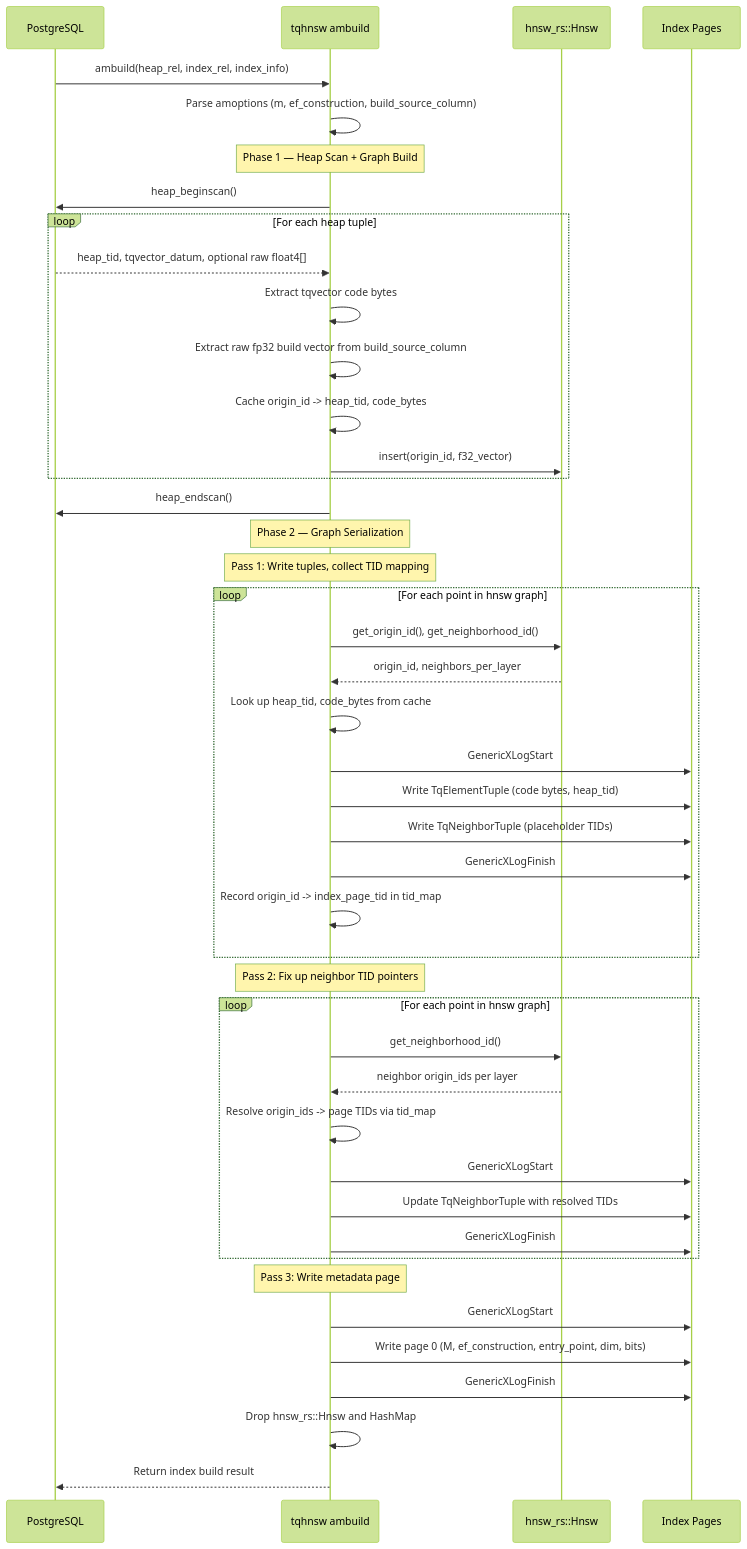
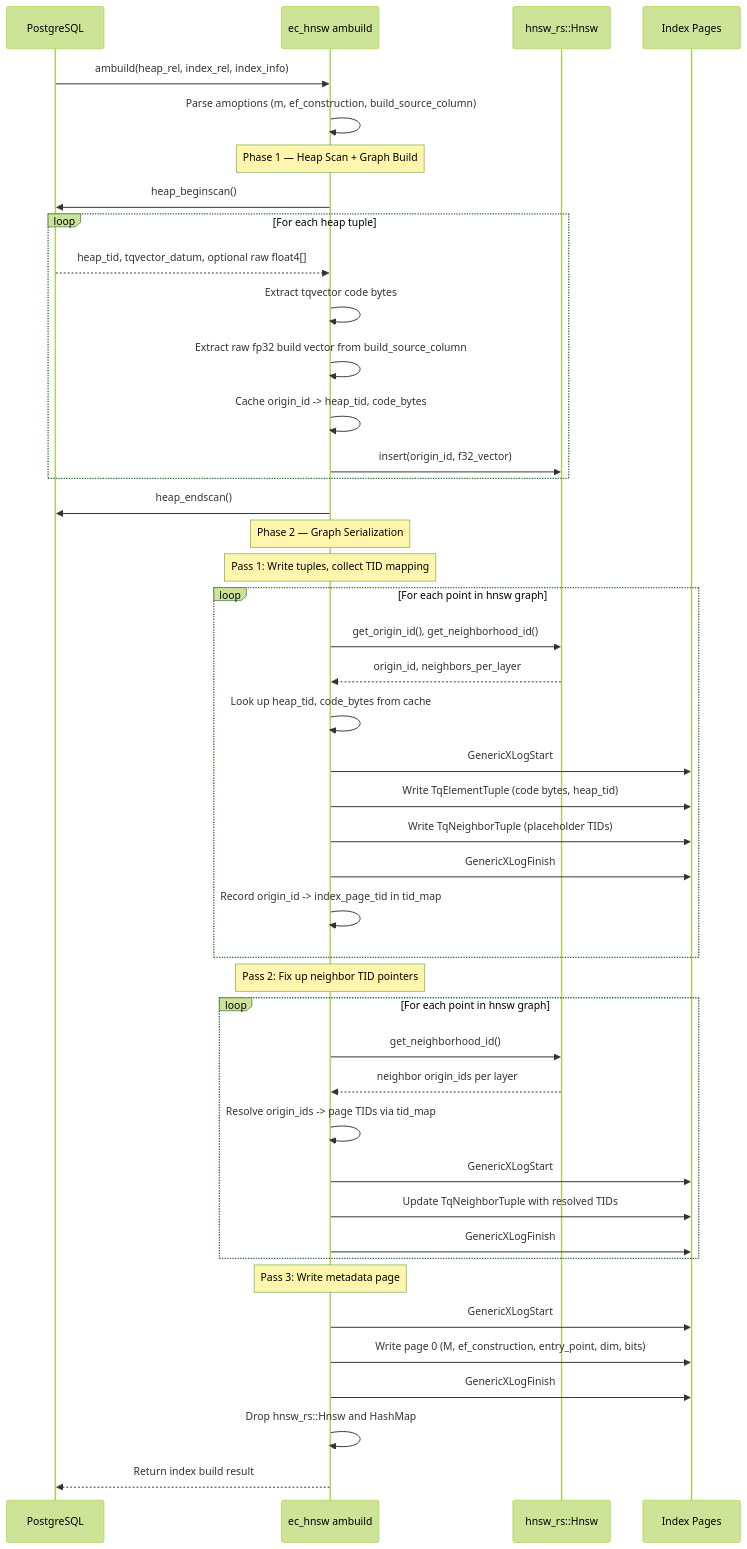
Before and after one commit to agent-ix/ecaz: the diagram in spec/functional/FR-008-hnsw-build.md, drawn with Mermaid (forest theme). The commit also changed other lines of this file and 107 other files, not shown here.

````diff
--- a/spec/functional/FR-008-hnsw-build.md
+++ b/spec/functional/FR-008-hnsw-build.md
@@ -44,56 +44,56 @@
 ```mermaid
 sequenceDiagram
     participant PG as PostgreSQL
-    participant AM as tqhnsw ambuild
+    participant AM as ec_hnsw ambuild
     participant HNSW as hnsw_rs::Hnsw
     participant Pages as Index Pages
 
     PG->>AM: ambuild(heap_rel, index_rel, index_info)
     AM->>AM: Parse amoptions (m, ef_construction, build_source_column)
 
     Note over AM: Phase 1 — Heap Scan + Graph Build
 
     AM->>PG: heap_beginscan()
     loop For each heap tuple
         PG-->>AM: heap_tid, tqvector_datum, optional raw float4[]
         AM->>AM: Extract tqvector code bytes
         AM->>AM: Extract raw fp32 build vector from build_source_column
         AM->>AM: Cache origin_id -> heap_tid, code_bytes
         AM->>HNSW: insert(origin_id, f32_vector)
     end
     AM->>PG: heap_endscan()
 
     Note over AM: Phase 2 — Graph Serialization
     Note over AM: Pass 1: Write tuples, collect TID mapping
 
     loop For each point in hnsw graph
         AM->>HNSW: get_origin_id(), get_neighborhood_id()
         HNSW-->>AM: origin_id, neighbors_per_layer
         AM->>AM: Look up heap_tid, code_bytes from cache
         AM->>Pages: GenericXLogStart
         AM->>Pages: Write TqElementTuple (code bytes, heap_tid)
         AM->>Pages: Write TqNeighborTuple (placeholder TIDs)
         AM->>Pages: GenericXLogFinish
         AM->>AM: Record origin_id -> index_page_tid in tid_map
     end
 
     Note over AM: Pass 2: Fix up neighbor TID pointers
 
     loop For each point in hnsw graph
         AM->>HNSW: get_neighborhood_id()
         HNSW-->>AM: neighbor origin_ids per layer
         AM->>AM: Resolve origin_ids -> page TIDs via tid_map
         AM->>Pages: GenericXLogStart
         AM->>Pages: Update TqNeighborTuple with resolved TIDs
         AM->>Pages: GenericXLogFinish
     end
 
     Note over AM: Pass 3: Write metadata page
 
     AM->>Pages: GenericXLogStart
     AM->>Pages: Write page 0 (M, ef_construction, entry_point, dim, bits)
     AM->>Pages: GenericXLogFinish
 
     AM->>AM: Drop hnsw_rs::Hnsw and HashMap
     AM-->>PG: Return index build result
 ```
````
